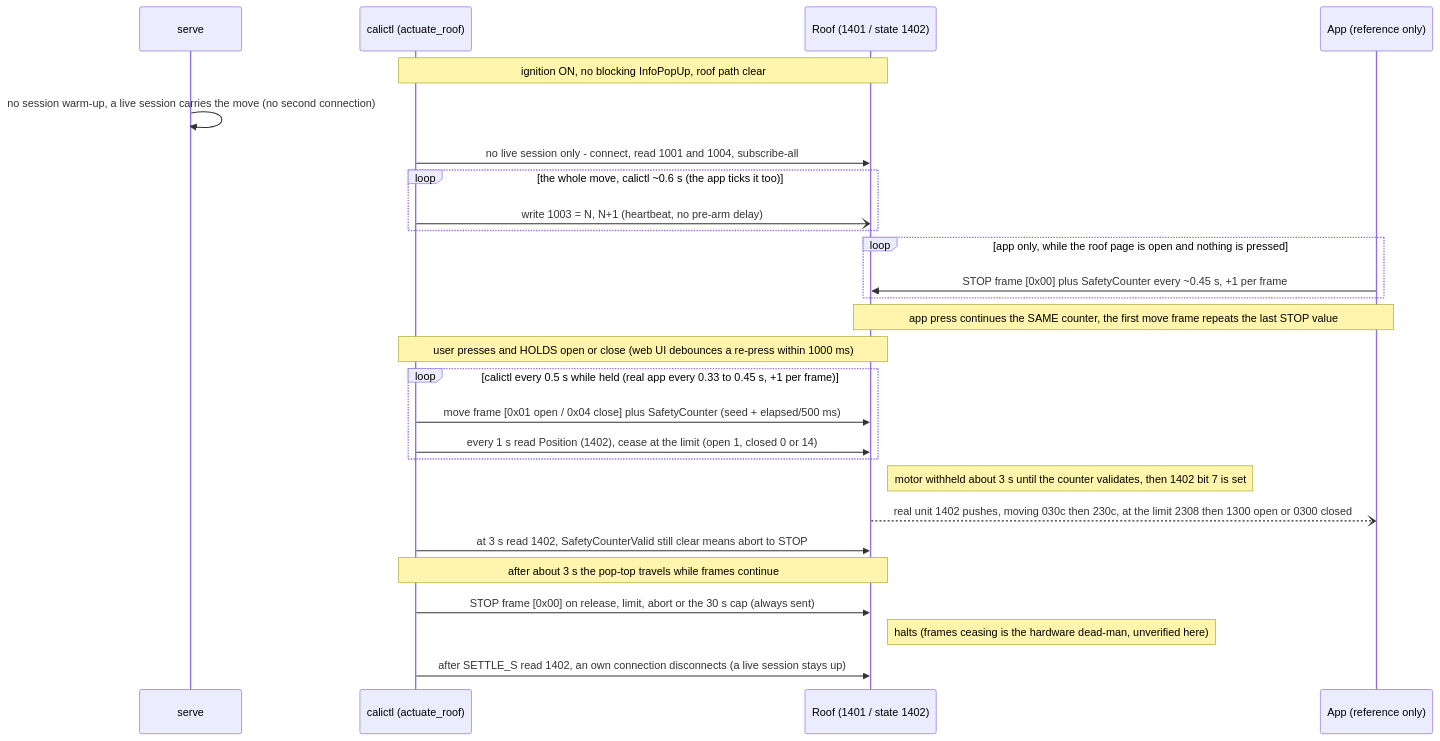
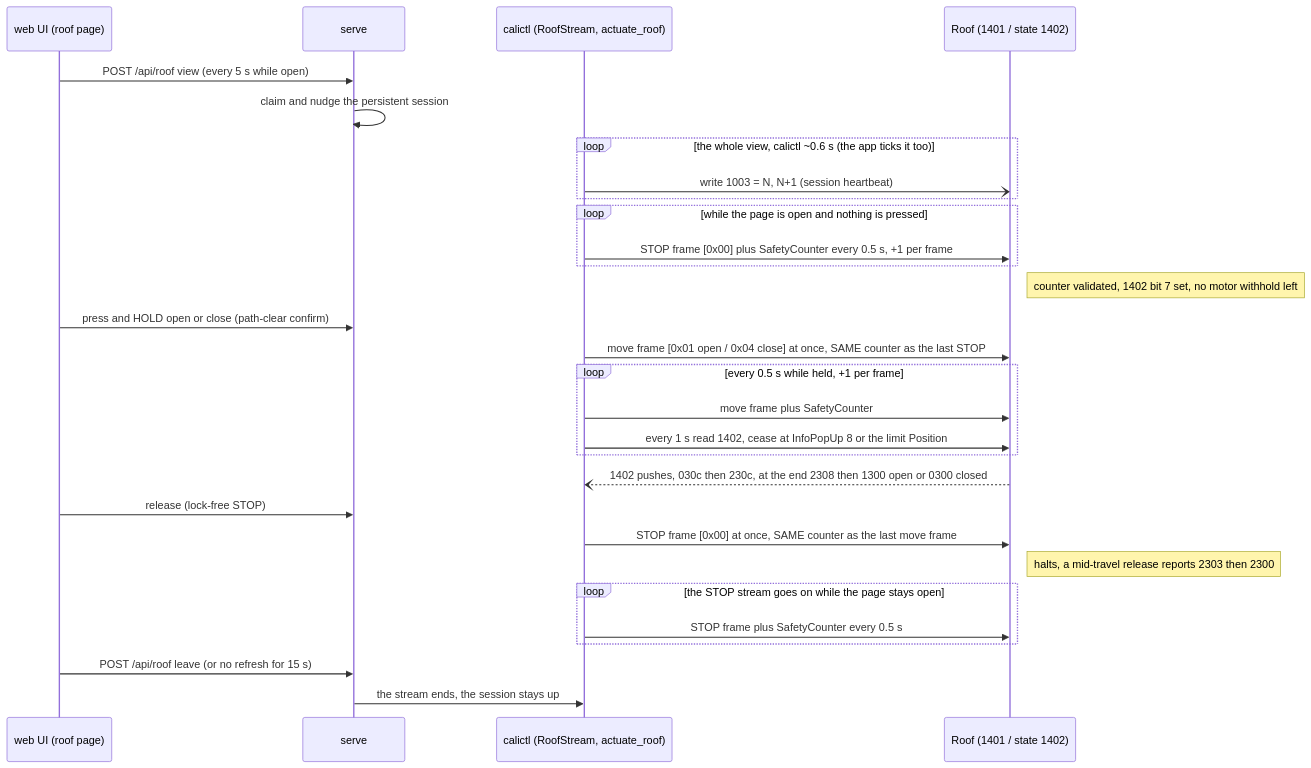
The ninth of 17 diagrams in docs/protocol-sequences.rst (ckeller42/open-california), drawn with Mermaid before and after one commit. The commit also changed other lines of this file and 23 other files, not shown here.

First line of the commit message:
roof: follow the app's roof-screen STOP stream; mock roof follows the real unit (#283)

```diff
--- a/docs/protocol-sequences.rst
+++ b/docs/protocol-sequences.rst
@@ -871,29 +882,31 @@
 .. mermaid::
 
     sequenceDiagram
+        participant W as web UI (roof page)
         participant S as serve
-        participant C as calictl (actuate_roof)
+        participant C as calictl (RoofStream, actuate_roof)
         participant U as Roof (1401 / state 1402)
-        participant A as App (reference only)
-        Note over C,U: ignition ON, no blocking InfoPopUp, roof path clear
-        S->>S: no session warm-up, a live session carries the move (no second connection)
-        C->>U: no live session only - connect, read 1001 and 1004, subscribe-all
-        loop the whole move, calictl ~0.6 s (the app ticks it too)
-            C-)U: write 1003 = N, N+1 (heartbeat, no pre-arm delay)
+        W->>S: POST /api/roof view (every 5 s while open)
+        S->>S: claim and nudge the persistent session
+        loop the whole view, calictl ~0.6 s (the app ticks it too)
+            C-)U: write 1003 = N, N+1 (session heartbeat)
         end
-        loop app only, while the roof page is open and nothing is pressed
-            A->>U: STOP frame [0x00] plus SafetyCounter every ~0.45 s, +1 per frame
+        loop while the page is open and nothing is pressed
+            C->>U: STOP frame [0x00] plus SafetyCounter every 0.5 s, +1 per frame
         end
-        Note over A,U: app press continues the SAME counter, the first move frame repeats the last STOP value
-        Note over C,U: user presses and HOLDS open or close (web UI debounces a re-press within 1000 ms)
-        loop calictl every 0.5 s while held (real app every 0.33 to 0.45 s, +1 per frame)
-            C->>U: move frame [0x01 open / 0x04 close] plus SafetyCounter (seed + elapsed/500 ms)
-            C->>U: every 1 s read Position (1402), cease at the limit (open 1, closed 0 or 14)
+        Note right of U: counter validated, 1402 bit 7 set, no motor withhold left
+        W->>S: press and HOLD open or close (path-clear confirm)
+        C->>U: move frame [0x01 open / 0x04 close] at once, SAME counter as the last STOP
+        loop every 0.5 s while held, +1 per frame
+            C->>U: move frame plus SafetyCounter
+            C->>U: every 1 s read 1402, cease at InfoPopUp 8 or the limit Position
         end
-        Note right of U: motor withheld about 3 s until the counter validates, then 1402 bit 7 is set
-        U--)A: real unit 1402 pushes, moving 030c then 230c, at the limit 2308 then 1300 open or 0300 closed
-        C->>U: at 3 s read 1402, SafetyCounterValid still clear means abort to STOP
-        Note over C,U: after about 3 s the pop-top travels while frames continue
-        C->>U: STOP frame [0x00] on release, limit, abort or the 30 s cap (always sent)
-        Note right of U: halts (frames ceasing is the hardware dead-man, unverified here)
-        C->>U: after SETTLE_S read 1402, an own connection disconnects (a live session stays up)
+        U--)C: 1402 pushes, 030c then 230c, at the end 2308 then 1300 open or 0300 closed
+        W->>S: release (lock-free STOP)
+        C->>U: STOP frame [0x00] at once, SAME counter as the last move frame
+        Note right of U: halts, a mid-travel release reports 2303 then 2300
+        loop the STOP stream goes on while the page stays open
+            C->>U: STOP frame plus SafetyCounter every 0.5 s
+        end
+        W->>S: POST /api/roof leave (or no refresh for 15 s)
+        S->>C: the stream ends, the session stays up
```
